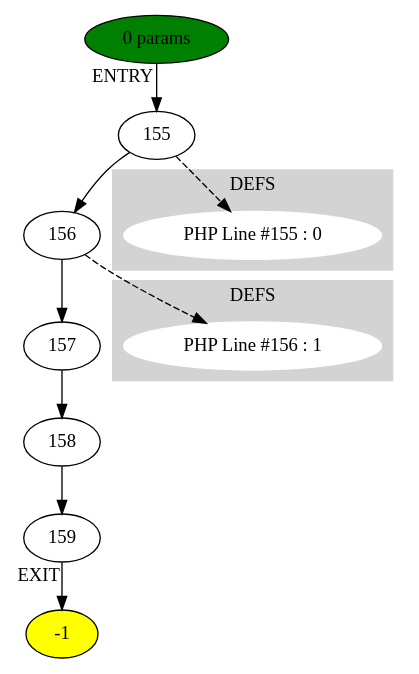
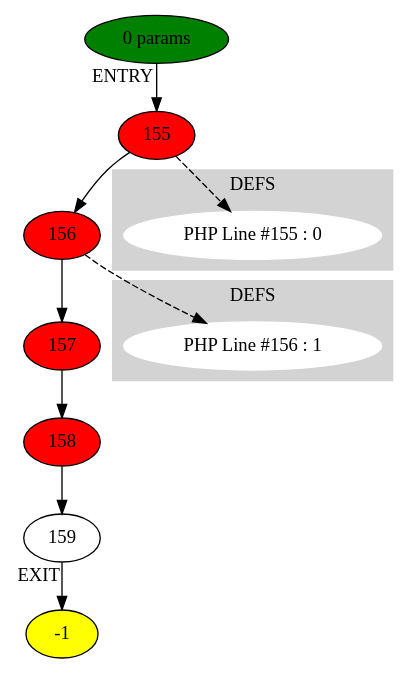
Before and after one commit to brianedmonds90/CFG-Hip-Hop: the diagram in CFG_FROM_PHP/graphViz/assign_me_Function getDatabaseAnnouncements at 1609 (ID 6).dot, drawn with Graphviz. The commit also changed 27 other files, not shown here.

```diff
--- a/CFG_FROM_PHP/graphViz/assign_me_Function getDatabaseAnnouncements at 1609 (ID 6).dot
+++ b/CFG_FROM_PHP/graphViz/assign_me_Function getDatabaseAnnouncements at 1609 (ID 6).dot
@@ -1,44 +1,18 @@
 digraph testName {
-0 [label="155" tooltip="FPushFuncD
-String
-FPassCE
-FCall
-UnboxR
-SetL
-PopC
-"];
-1 [label="156" tooltip="FPushFuncD
-FPassL
-FCall
-UnboxR
-SetL
-PopC
-"];
-2 [label="157" tooltip="FPushFuncD
-String
-FPassCE
-FCall
-PopR
-"];
-3 [label="158" tooltip="FPushFuncD
-FPassL
-FCall
-UnboxR
-Print
-PopC
-"];
-4 [label="159" tooltip="Null
-RetC
-"];
+0 [label="155" , fillcolor = red, style = filled];
+1 [label="156" , fillcolor = red, style = filled];
+2 [label="157" , fillcolor = red, style = filled];
+3 [label="158" , fillcolor = red, style = filled];
+4 [label="159"];
 0 -> 1;
 1 -> 2;
 2 -> 3;
 3 -> 4;
 -2 -> 0[xlabel="ENTRY"];
 4 -> -1[xlabel="EXIT"];
 -2 [fillcolor = green, style = filled]-1 [fillcolor= yellow, style = filled] subgraph cluster_g_0 { style=filled; color=lightgrey; node [style=filled,color=white]; g_0[label= "PHP Line #155 : 0"];label = "DEFS";}
 0 -> g_0 [style="dashed"];
 subgraph cluster_g_1 { style=filled; color=lightgrey; node [style=filled,color=white]; g_1[label= "PHP Line #156 : 1"];label = "DEFS";}
 1 -> g_1 [style="dashed"];
 -2 [label="0 params"];
 }
```
